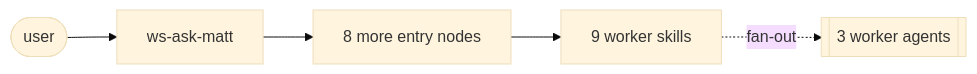
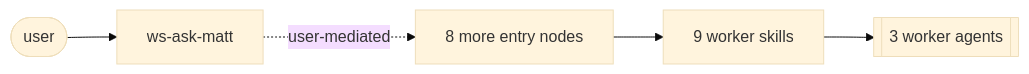
Before and after one commit to wsagency/WS-Claude-marketplace: the diagram in plugins/ws/commands/ws-matt.md, drawn with Mermaid (base theme). The commit also changed other lines of this file and 67 other files, not shown here.

First line of the commit message:
feat(ws)!: harden hub and orchestration flows (#2)

````diff
--- a/plugins/ws/commands/ws-matt.md
+++ b/plugins/ws/commands/ws-matt.md
@@ -33,7 +35,7 @@
    ```mermaid
    flowchart LR
      U([user]) --> R[ws-ask-matt]
-     R --> E[8 more entry nodes]
+    R -. user-mediated .-> E[8 more entry nodes]
      E --> W[9 worker skills]
-     W -. fan-out .-> A[[3 worker agents]]
+    W --> A[[3 worker agents]]
    ```
````
